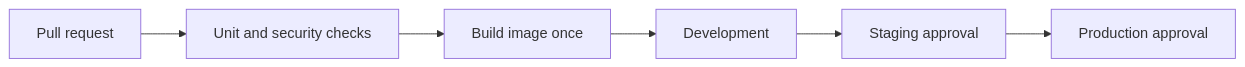
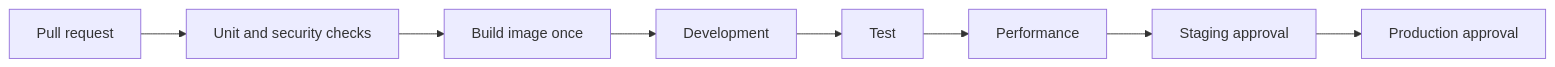
The diagram in docs/environment-strategy.md (xxseehome/cloud-native-online-bookstore), drawn with Mermaid before and after one commit. The commit also changed other lines of this file and 8 other files, not shown here.

Commit message:
feat(kubernetes): add test and performance environments

````diff
--- a/docs/environment-strategy.md
+++ b/docs/environment-strategy.md
@@ -33,8 +35,10 @@
 ```mermaid
 flowchart LR
     PR[Pull request] --> CI[Unit and security checks]
     CI --> Build[Build image once]
     Build --> Dev[Development]
-    Dev --> Staging[Staging approval]
+    Dev --> Test[Test]
+    Test --> Perf[Performance]
+    Perf --> Staging[Staging approval]
     Staging --> Production[Production approval]
 ```
````
